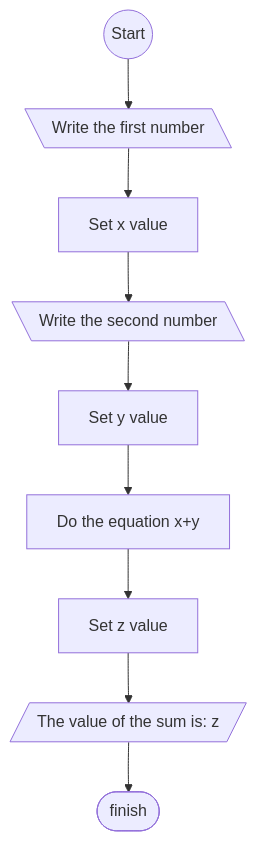
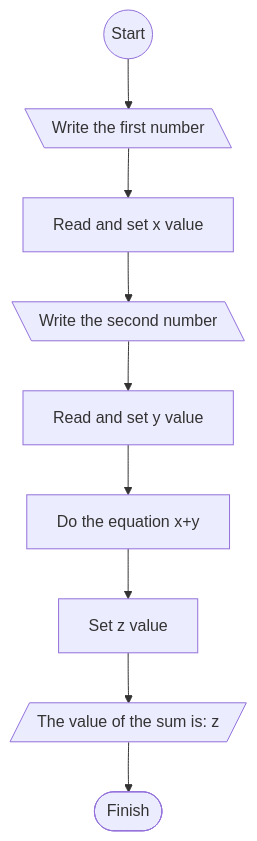
One commit to AndreLucas0/aula-LP changed the third of 10 diagrams in Listas de Exercícios/LP_Lista_01/README.md. Above: the diagram before and after it, drawn with Mermaid. The commit also changed other lines of this file, not shown here.

````diff
--- a/Listas de Exercícios/LP_Lista_01/README.md
+++ b/Listas de Exercícios/LP_Lista_01/README.md
@@ -50,11 +50,11 @@
    ```mermaid
    flowchart TD
        Start((Start)) --> input1[\ Write the first number \]
-       input1 --> value1[ Set x value ]
+       input1 --> value1[ Read and set x value ]
        value1 --> input2[\ Write the second number \]
-       input2 --> value2[ Set y value ]
+       input2 --> value2[ Read and set y value ]
        value2 --> sum[ Do the equation x+y ]
        sum --> value3[ Set z value ]
        value3 --> output[/ The value of the sum is: z /]
-       output --> finish([ finish ])
+       output --> finish([ Finish ])
    ```
````
